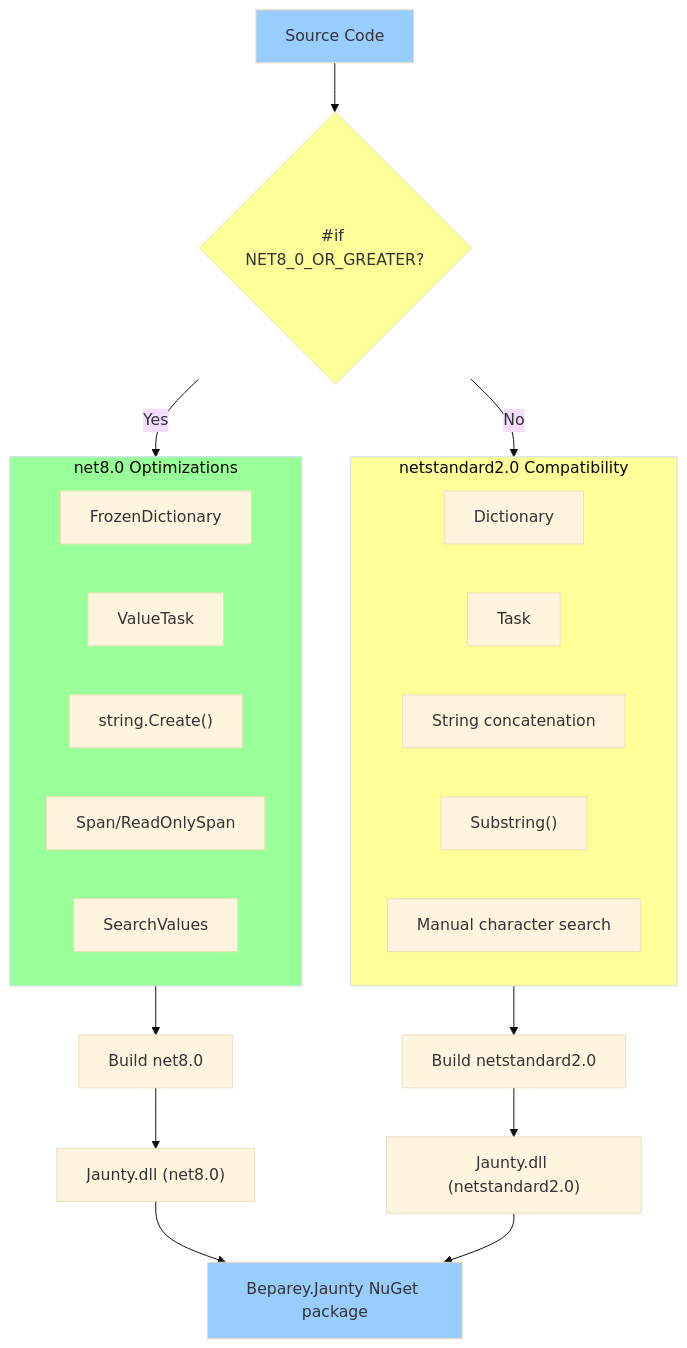
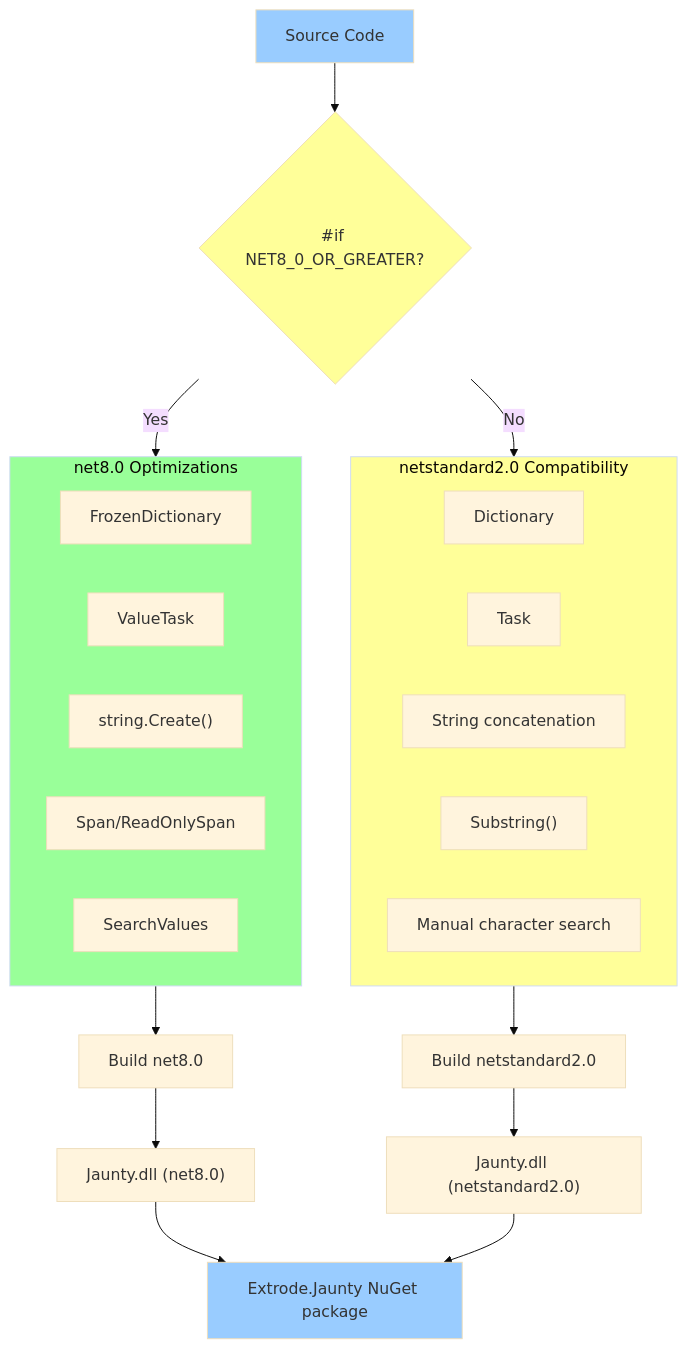
One commit to extrode/jaunty changed the ninth of 9 diagrams in docs/02-architecture/architecture-visuals.md. Above: the diagram before and after it, drawn with Mermaid (base theme). The commit also changed 26 other files, not shown here.

````diff
--- a/docs/02-architecture/architecture-visuals.md
+++ b/docs/02-architecture/architecture-visuals.md
@@ -347,38 +347,38 @@
 ```mermaid
 flowchart TB
     Source["Source Code"] --> Check{"#if NET8_0_OR_GREATER?"}
     
     Check -->|Yes| Modern["Modern APIs"]
     Check -->|No| Compat["Compatible APIs"]
     
     subgraph Modern ["net8.0 Optimizations"]
         M1["FrozenDictionary<K,V>"]
         M2["ValueTask<T>"]
         M3["string.Create()"]
         M4["Span<T>/ReadOnlySpan<T>"]
         M5["SearchValues<T>"]
     end
     
     subgraph Compat ["netstandard2.0 Compatibility"]
         C1["Dictionary<K,V>"]
         C2["Task<T>"]
         C3["String concatenation"]
         C4["Substring()"]
         C5["Manual character search"]
     end
     
     Modern --> Build8["Build net8.0"]
     Compat --> BuildStd["Build netstandard2.0"]
     
     Build8 --> Pkg8["Jaunty.dll (net8.0)"]
     BuildStd --> PkgStd["Jaunty.dll (netstandard2.0)"]
     
-    Pkg8 --> NuGet["Beparey.Jaunty NuGet package"]
+    Pkg8 --> NuGet["Extrode.Jaunty NuGet package"]
     PkgStd --> NuGet
     
     style Source fill:#9cf
     style Check fill:#ff9
     style Modern fill:#9f9
     style Compat fill:#ff9
     style NuGet fill:#9cf
 ```
````
